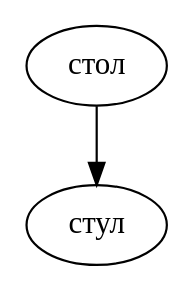
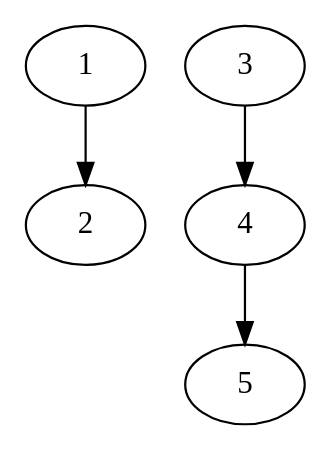
One commit to LeonovEvgenii/AGI changed the diagram in graph.dot. Above: the diagram before and after it, drawn with Graphviz. The commit also changed 4 other files, not shown here.

```diff
--- a/graph.dot
+++ b/graph.dot
@@ -1,5 +1,10 @@
 digraph G {
-  стол;
-  стол -> стул;
-  стул;
+  1;
+  1 -> 2;
+  2;
+  5;
+  4;
+  4 -> 5;
+  3;
+  3 -> 4;
 }
```
